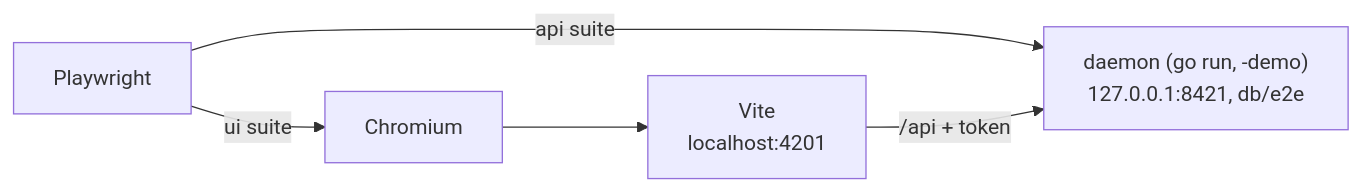
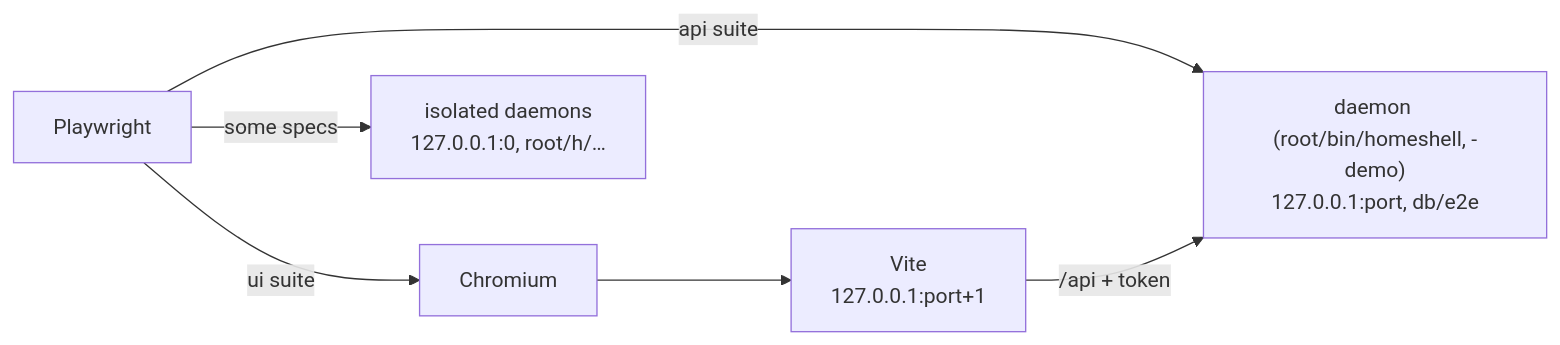
The first of 2 diagrams in docs/DEV.md (eclipse-enclave/homeshell), drawn with Mermaid before and after one commit. The commit also changed other lines of this file and 40 other files, not shown here.

````diff
--- a/docs/DEV.md
+++ b/docs/DEV.md
@@ -183,5 +183,6 @@
 ```mermaid
 flowchart LR
-  P[Playwright] -->|api suite| D["daemon (go run, -demo)<br/>127.0.0.1:8421, db/e2e"]
-  P -->|ui suite| C[Chromium] --> V["Vite<br/>localhost:4201"] -->|/api + token| D
+  P[Playwright] -->|api suite| D["daemon (root/bin/homeshell, -demo)<br/>127.0.0.1:port, db/e2e"]
+  P -->|ui suite| C[Chromium] --> V["Vite<br/>127.0.0.1:port+1"] -->|/api + token| D
+  P -->|some specs| I["isolated daemons<br/>127.0.0.1:0, root/h/…"]
 ```
````
